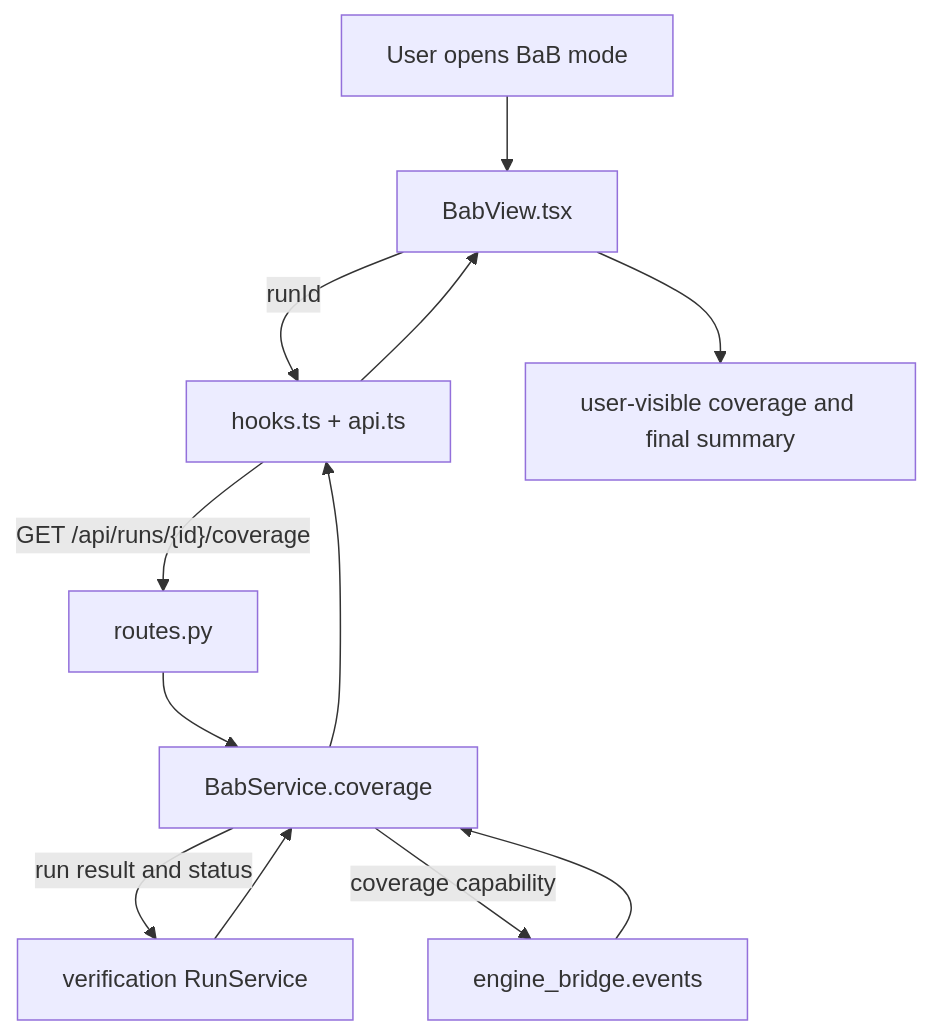
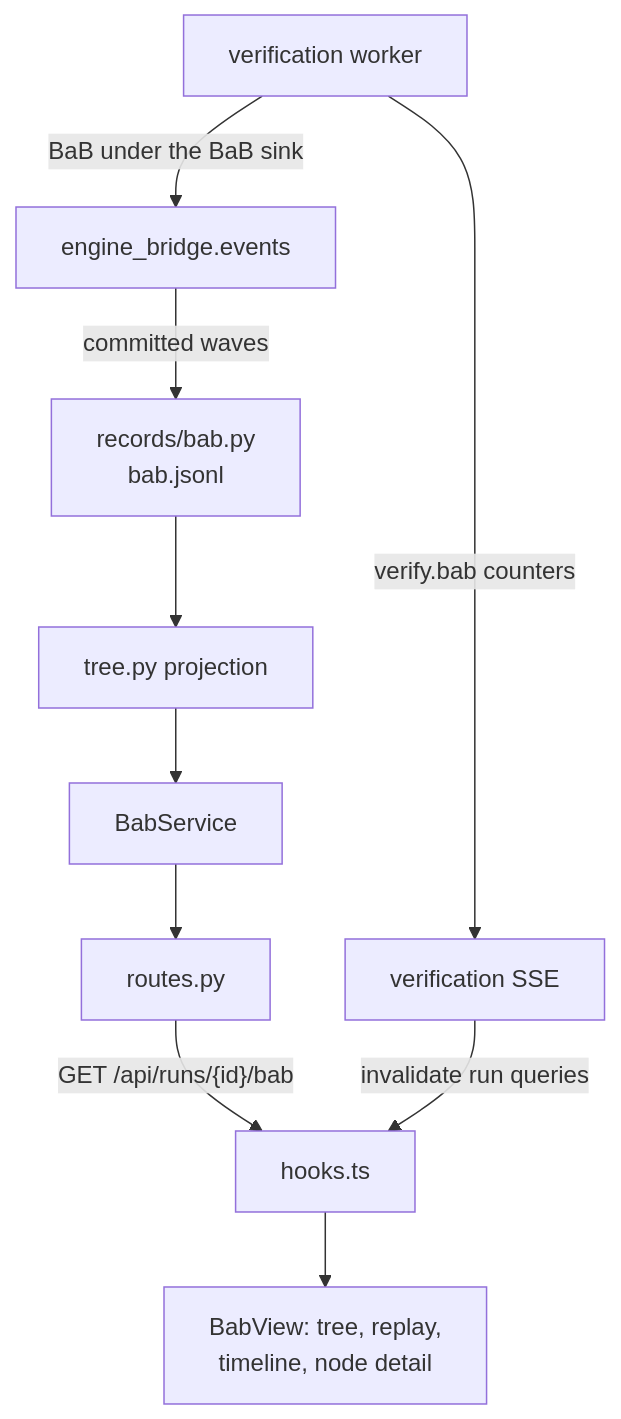
Before and after one commit to SVF-tools/ACT-GUI: the diagram in visual_bench/bab/README.md, drawn with Mermaid. The commit also changed other lines of this file and 44 other files, not shown here.

First line of the commit message:
show the BaB search tree live: record ACT's committed waves and draw the tree

````diff
--- a/visual_bench/bab/README.md
+++ b/visual_bench/bab/README.md
@@ -18,13 +19,12 @@
 ```mermaid
 flowchart TB
-  U["User opens BaB mode"] --> V["BabView.tsx"]
-  V -- "runId" --> H["hooks.ts + api.ts"]
-  H -- "GET /api/runs/{id}/coverage" --> R["routes.py"]
-  R --> S["BabService.coverage"]
-  S -- "run result and status" --> VS["verification RunService"]
-  S -- "coverage capability" --> E["engine_bridge.events"]
-  VS --> S
-  E --> S
-  S --> H --> V
-  V --> O["user-visible coverage and final summary"]
+  W["verification worker"] -- "BaB under the BaB sink" --> B["engine_bridge.events"]
+  B -- "committed waves" --> L["records/bab.py<br/>bab.jsonl"]
+  W -- "verify.bab counters" --> SSE["verification SSE"]
+  L --> T["tree.py projection"]
+  T --> S["BabService"]
+  S --> R["routes.py"]
+  R -- "GET /api/runs/{id}/bab" --> H["hooks.ts"]
+  SSE -- "invalidate run queries" --> H
+  H --> V["BabView: tree, replay,<br/>timeline, node detail"]
 ```
````
